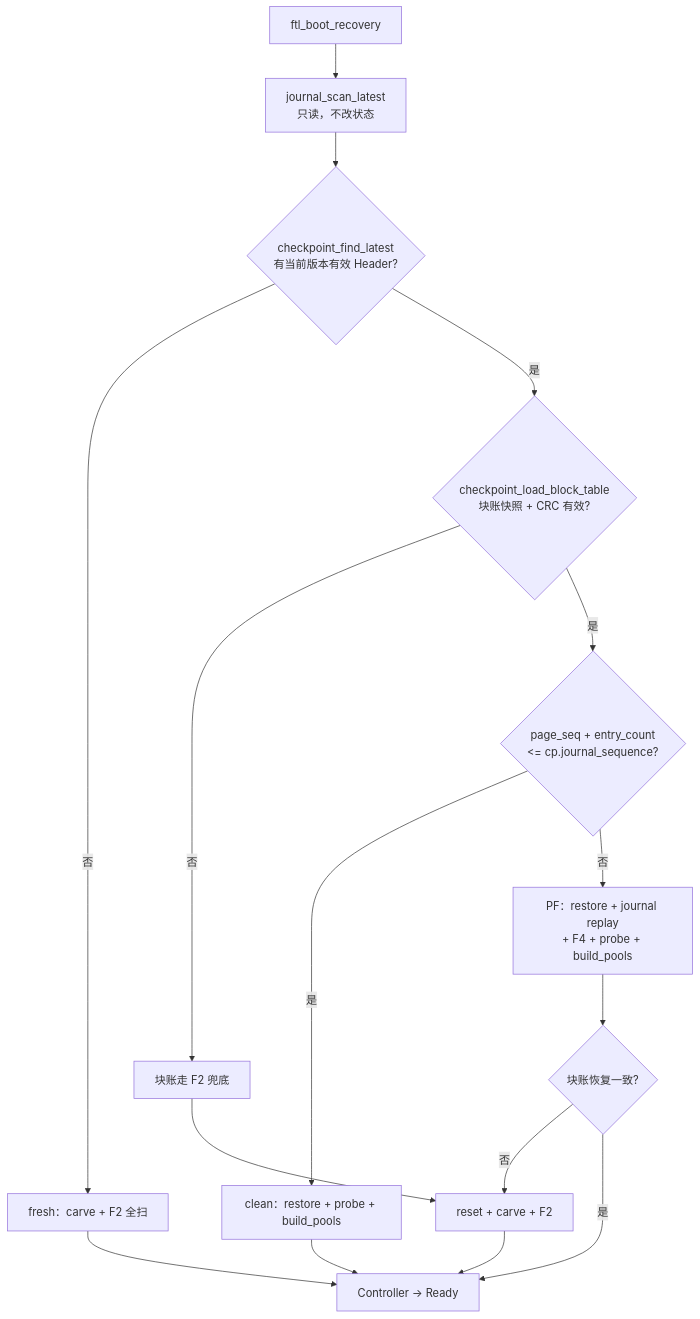
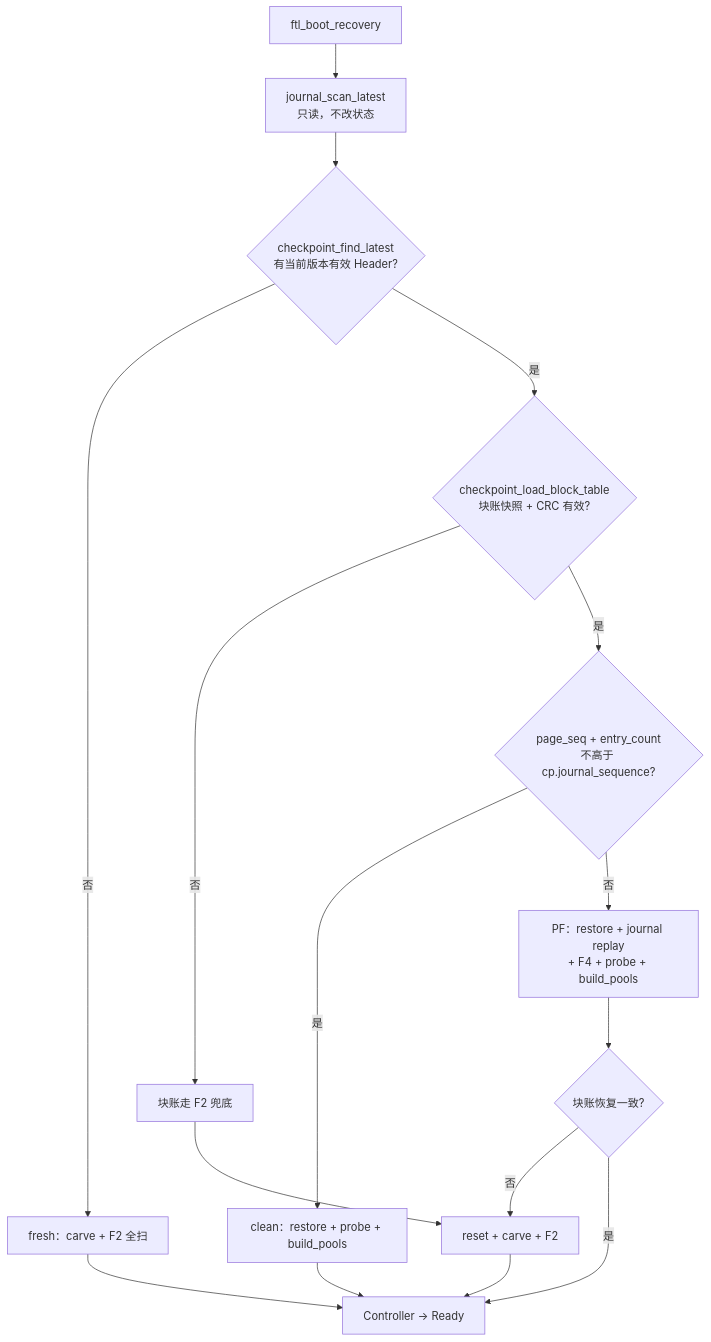
Before and after one commit to YzYMIAO/BASESSD: the second of 28 diagrams in docs/design/ftl_design.md, drawn with Mermaid. The commit also changed other lines of this file, not shown here.

First line of the commit message:
docs(ftl): 修复 GitHub 目录跳转与 mermaid 渲染

````diff
--- a/docs/design/ftl_design.md
+++ b/docs/design/ftl_design.md
@@ -526,18 +540,18 @@
 ```mermaid
 flowchart TD
     BOOT["ftl_boot_recovery"] --> LATEST["journal_scan_latest<br/>只读，不改状态"]
     LATEST --> FIND{"checkpoint_find_latest<br/>有当前版本有效 Header?"}
     FIND -- "否" --> FRESH["fresh：carve + F2 全扫"]
     FIND -- "是" --> LOAD{"checkpoint_load_block_table<br/>块账快照 + CRC 有效?"}
     LOAD -- "否" --> PFALL["块账走 F2 兜底"]
-    LOAD -- "是" --> JUDGE{"page_seq + entry_count<br/><= cp.journal_sequence?"}
+    LOAD -- "是" --> JUDGE{"page_seq + entry_count<br/>不高于 cp.journal_sequence?"}
     JUDGE -- "是" --> CLEAN["clean：restore + probe + build_pools"]
     JUDGE -- "否" --> PF["PF：restore + journal replay<br/>+ F4 + probe + build_pools"]
     PFALL --> F2["reset + carve + F2"]
     PF --> PFOk{"块账恢复一致?"}
     PFOk -- "否" --> F2
     PFOk -- "是" --> READY["Controller → Ready"]
     CLEAN --> READY
     FRESH --> READY
     F2 --> READY
 ```
````
